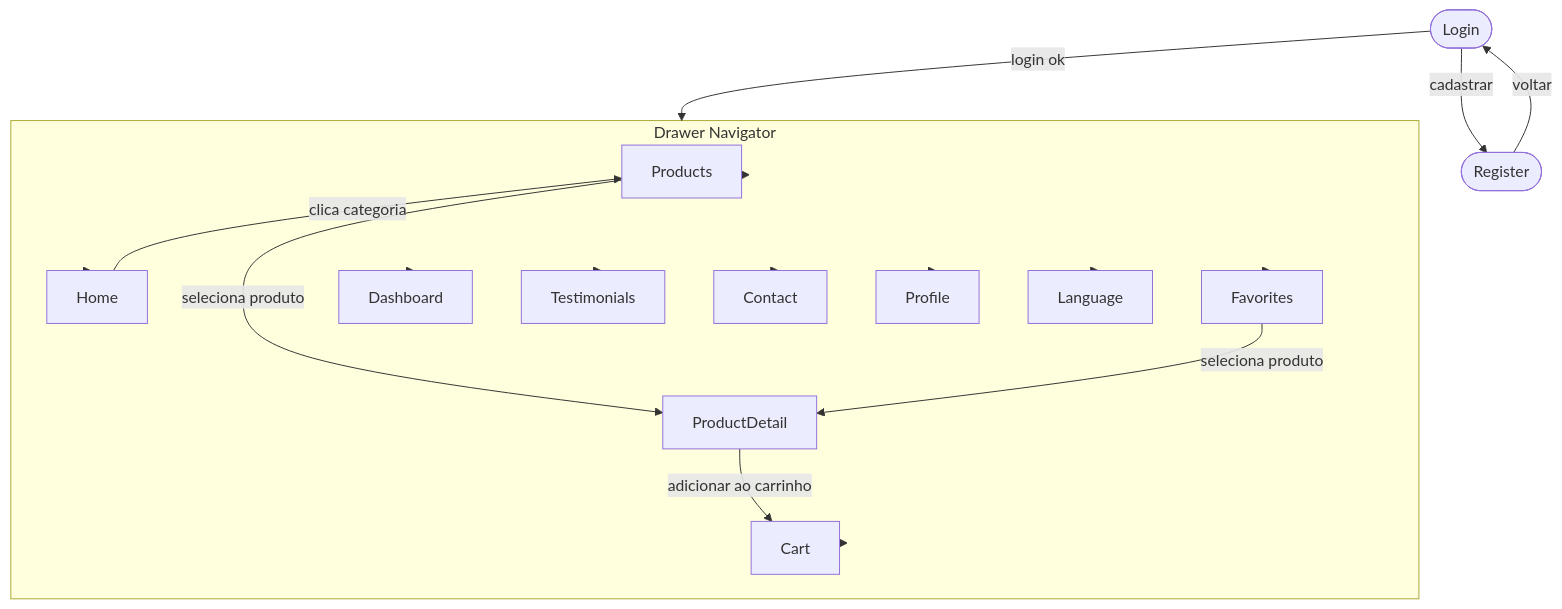
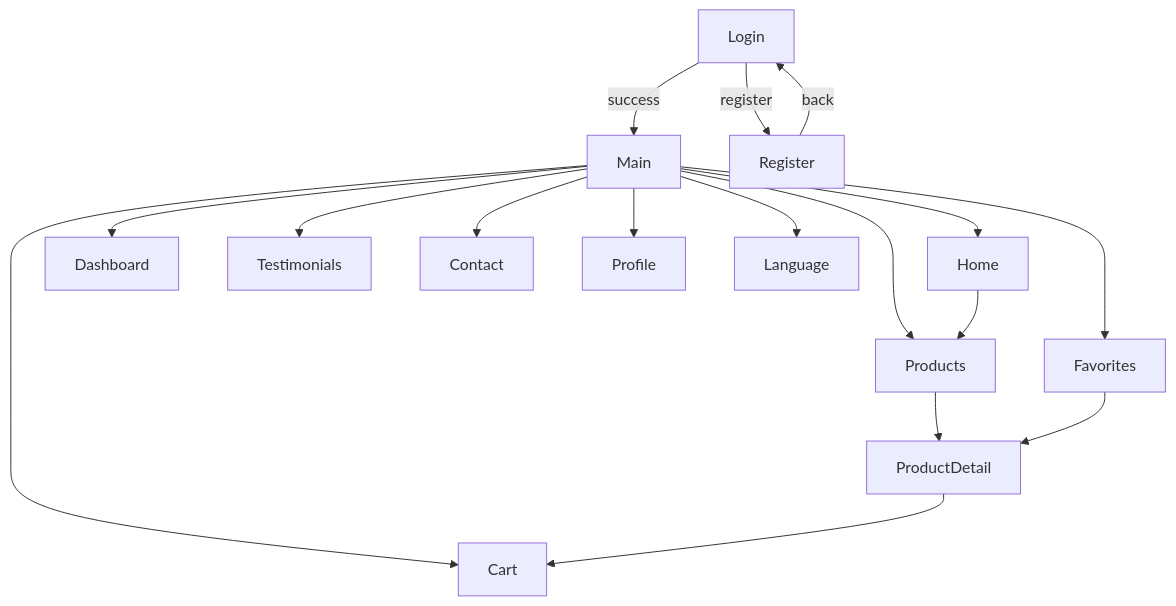
The first of 3 diagrams in README.md (Isllanrx/aurora-jewel-app), drawn with Mermaid before and after one commit. The commit also changed other lines of this file, not shown here.

`````diff
--- a/README.md
+++ b/README.md
@@ -44,34 +45,21 @@
 ```mermaid
 flowchart TD
-    Login([Login]) -->|login ok| Main
-    Login -->|cadastrar| Register([Register])
-    Register -->|voltar| Login
+    Login -->|success| Main
+    Login -->|register| Register
+    Register -->|back| Login
 
     Main --> Home
     Main --> Products
     Main --> Cart
     Main --> Favorites
     Main --> Dashboard
     Main --> Testimonials
     Main --> Contact
     Main --> Profile
     Main --> Language
 
-    Home -->|clica categoria| Products
-    Products -->|seleciona produto| ProductDetail
-    Favorites -->|seleciona produto| ProductDetail
-    ProductDetail -->|adicionar ao carrinho| Cart
-
-    subgraph Main [Drawer Navigator]
-        Home
-        Products
-        Cart
-        Favorites
-        Dashboard
-        Testimonials
-        Contact
-        Profile
-        Language
-        ProductDetail
-    end
-```
+    Home --> Products
+    Products --> ProductDetail
+    Favorites --> ProductDetail
+    ProductDetail --> Cart
+````
`````
